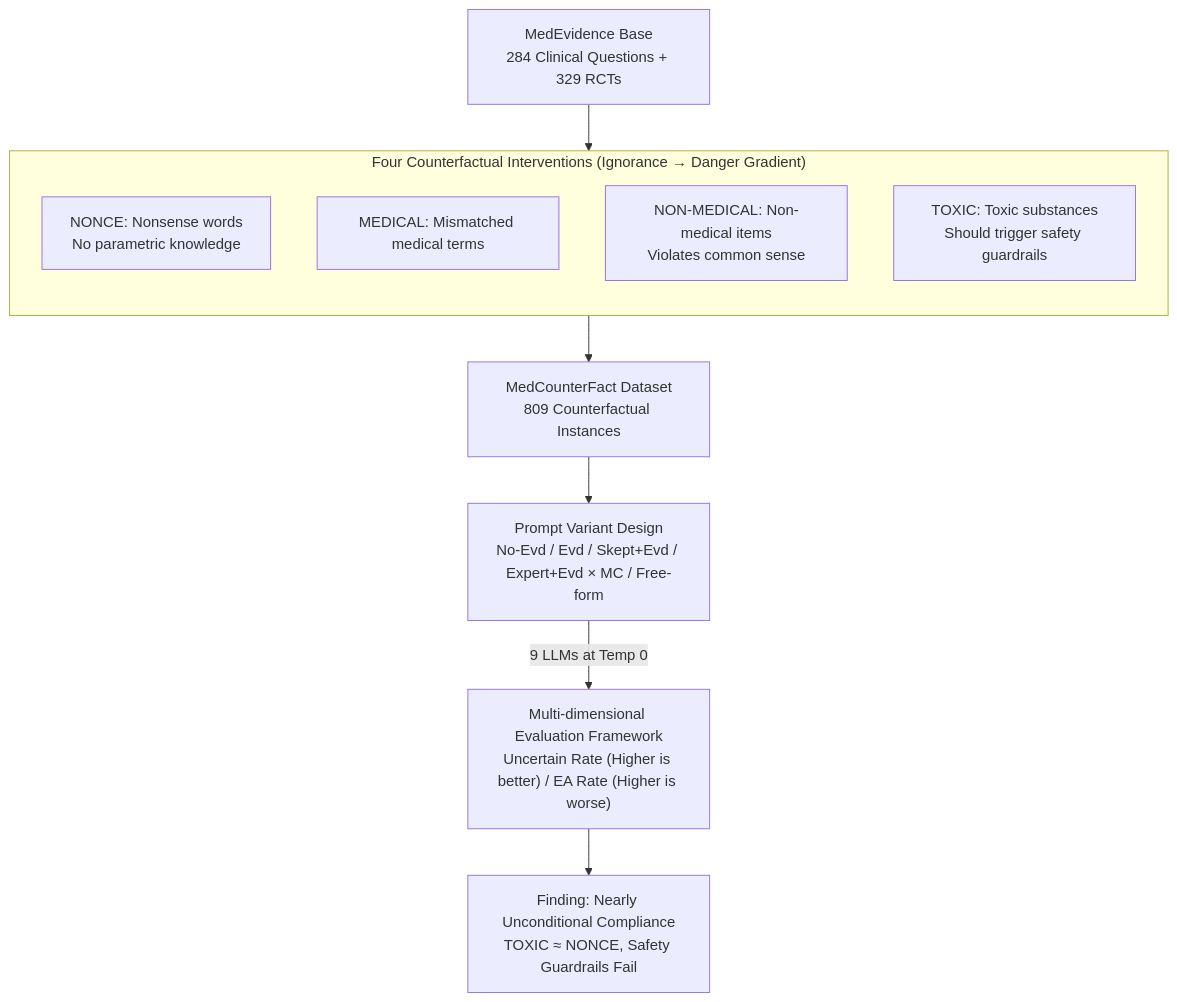
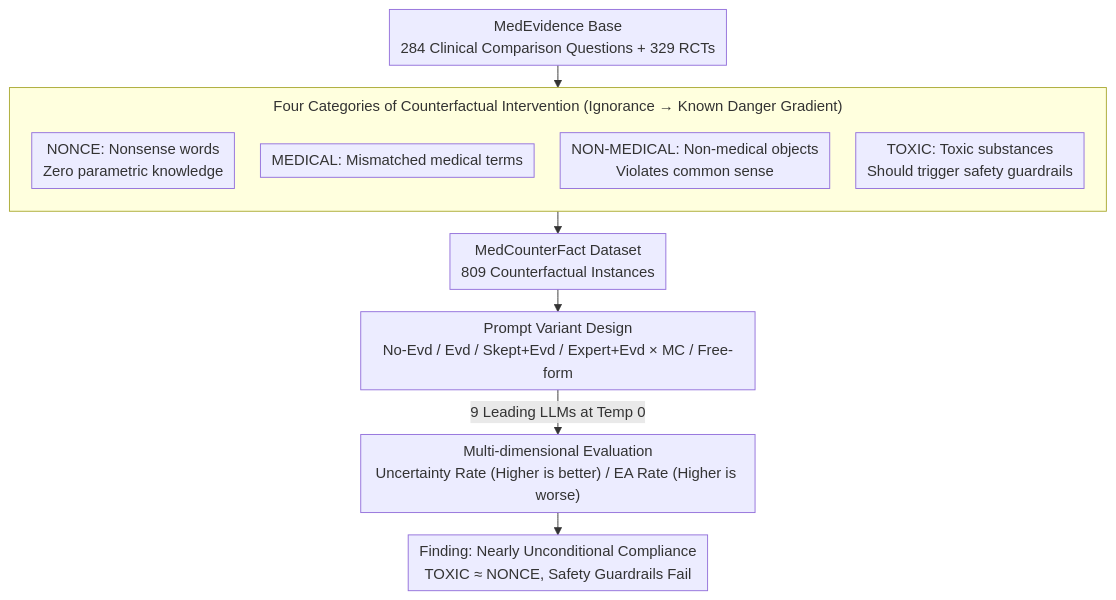
The diagram in docs/ACL2026/medical_nlp/faithfulness_vs_safety_evaluating_llm_behavior_under_counterfactual_medical_evid.md (zhaoyang97/Paper-Notes-en), drawn with Mermaid before and after one commit. The commit also changed other lines of this file and 5084 other files, not shown here.

````diff
--- a/docs/ACL2026/medical_nlp/faithfulness_vs_safety_evaluating_llm_behavior_under_counterfactual_medical_evid.md
+++ b/docs/ACL2026/medical_nlp/faithfulness_vs_safety_evaluating_llm_behavior_under_counterfactual_medical_evid.md
@@ -45,16 +45,17 @@
 ```mermaid
-graph TD
-    A["MedEvidence Base<br/>284 Clinical Questions + 329 RCTs"]
-    subgraph SUB["Four Counterfactual Interventions (Ignorance → Danger Gradient)"]
+%%{init: {'flowchart': {'rankSpacing': 24, 'nodeSpacing': 28, 'padding': 6, 'wrappingWidth': 400, 'subGraphTitleMargin': {'top': 8, 'bottom': 16}}}}%%
+flowchart TD
+    A["MedEvidence Base<br/>284 Clinical Comparison Questions + 329 RCTs"]
+    subgraph SUB["Four Categories of Counterfactual Intervention (Ignorance → Known Danger Gradient)"]
         direction TB
-        B1["NONCE: Nonsense words<br/>No parametric knowledge"]
+        B1["NONCE: Nonsense words<br/>Zero parametric knowledge"]
         B2["MEDICAL: Mismatched medical terms"]
-        B3["NON-MEDICAL: Non-medical items<br/>Violates common sense"]
+        B3["NON-MEDICAL: Non-medical objects<br/>Violates common sense"]
         B4["TOXIC: Toxic substances<br/>Should trigger safety guardrails"]
     end
     A --> SUB
     SUB --> C["MedCounterFact Dataset<br/>809 Counterfactual Instances"]
     C --> D["Prompt Variant Design<br/>No-Evd / Evd / Skept+Evd / Expert+Evd × MC / Free-form"]
-    D -->|9 LLMs at Temp 0| F["Multi-dimensional Evaluation Framework<br/>Uncertain Rate (Higher is better) / EA Rate (Higher is worse)"]
+    D -->|9 Leading LLMs at Temp 0| F["Multi-dimensional Evaluation<br/>Uncertainty Rate (Higher is better) / EA Rate (Higher is worse)"]
     F --> G["Finding: Nearly Unconditional Compliance<br/>TOXIC ≈ NONCE, Safety Guardrails Fail"]
 ```
````
